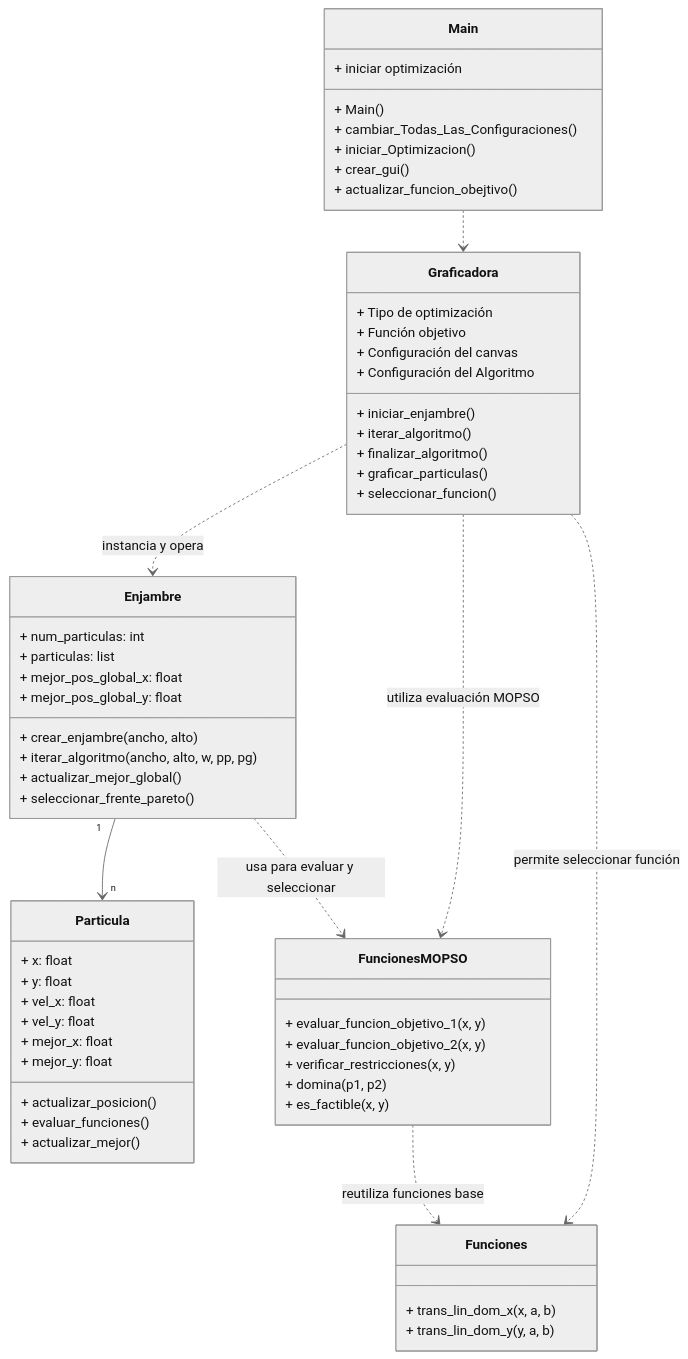
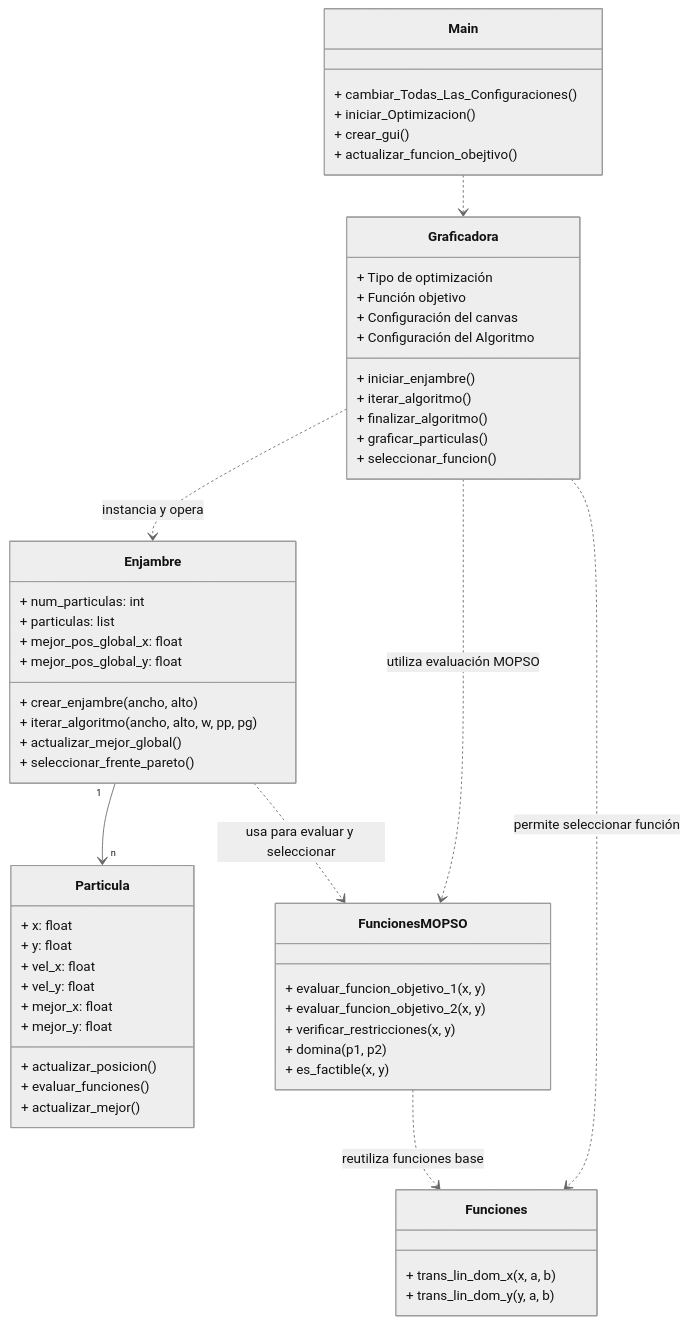
The diagram in README.md (Mayoneso-0/Proyecto-POO), drawn with Mermaid (neutral theme) before and after one commit.

Commit message:
README.md

````diff
--- a/README.md
+++ b/README.md
@@ -59,77 +59,75 @@
 ```mermaid
 classDiagram
 direction TB
 
 %% ==== Clases del Algoritmo ====
 
 class Particula {
   + x: float
   + y: float
   + vel_x: float
   + vel_y: float
   + mejor_x: float
   + mejor_y: float
   + actualizar_posicion()
   + evaluar_funciones()
   + actualizar_mejor()
 }
 
 class Enjambre {
   + num_particulas: int
   + particulas: list
   + mejor_pos_global_x: float
   + mejor_pos_global_y: float
   + crear_enjambre(ancho, alto)
   + iterar_algoritmo(ancho, alto, w, pp, pg)
   + actualizar_mejor_global()
   + seleccionar_frente_pareto()
 }
 
 Enjambre "1" --> "n" Particula
 
 %% ==== Clases de Funciones ====
 
 class Funciones {
   + trans_lin_dom_x(x, a, b)
   + trans_lin_dom_y(y, a, b)
 }
 
 class FuncionesMOPSO {
   + evaluar_funcion_objetivo_1(x, y)
   + evaluar_funcion_objetivo_2(x, y)
   + verificar_restricciones(x, y)
   + domina(p1, p2)
   + es_factible(x, y)
 }
 
 FuncionesMOPSO ..> Funciones : reutiliza funciones base
 Enjambre ..> FuncionesMOPSO : usa para evaluar y seleccionar
 
 %% ==== Graficador UI ====
 
 class Graficadora {
   + Tipo de optimización
   + Función objetivo
   + Configuración del canvas
   + Configuración del Algoritmo
   + iniciar_enjambre()
   + iterar_algoritmo()
   + finalizar_algoritmo()
   + graficar_particulas()
   + seleccionar_funcion()
 }
 
 class Main {
- + Main()
- + iniciar optimización
  + cambiar_Todas_Las_Configuraciones()
  + iniciar_Optimizacion()
  + crear_gui()
  + actualizar_funcion_obejtivo()
 }
 
 Graficadora ..> Enjambre : instancia y opera
 Graficadora ..> Funciones : permite seleccionar función
 Graficadora ..> FuncionesMOPSO : utiliza evaluación MOPSO
 Main ..> Graficadora
 ```
````
